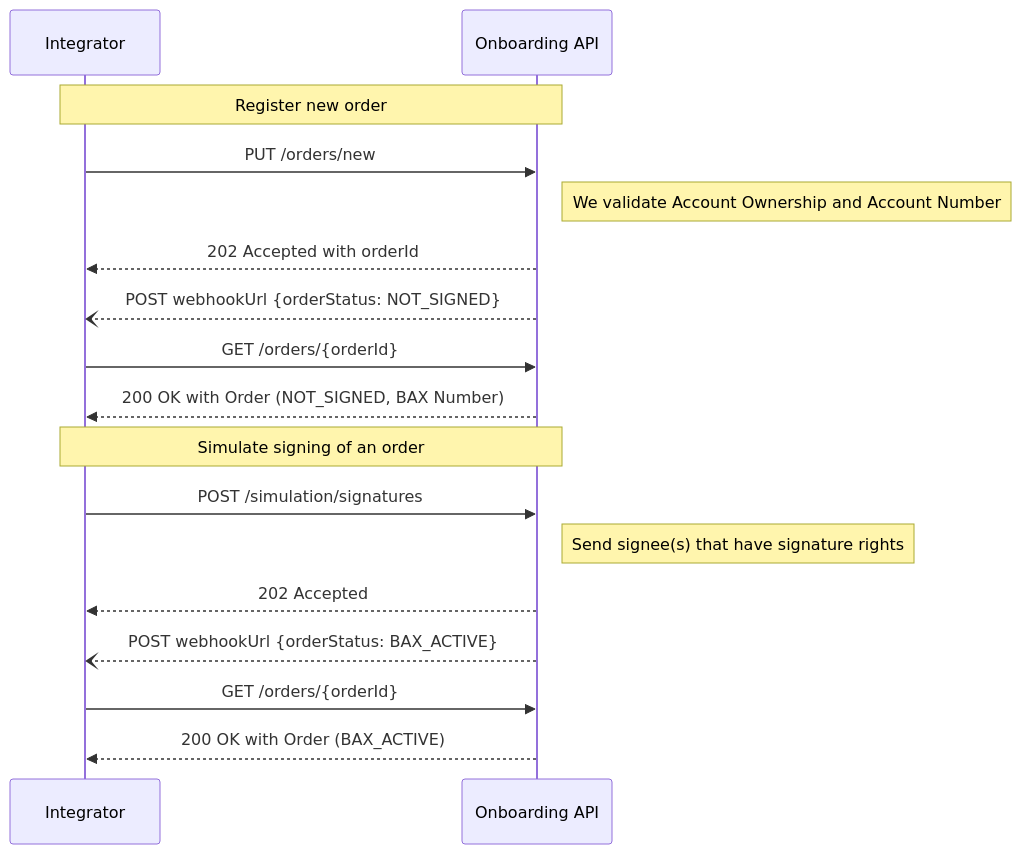
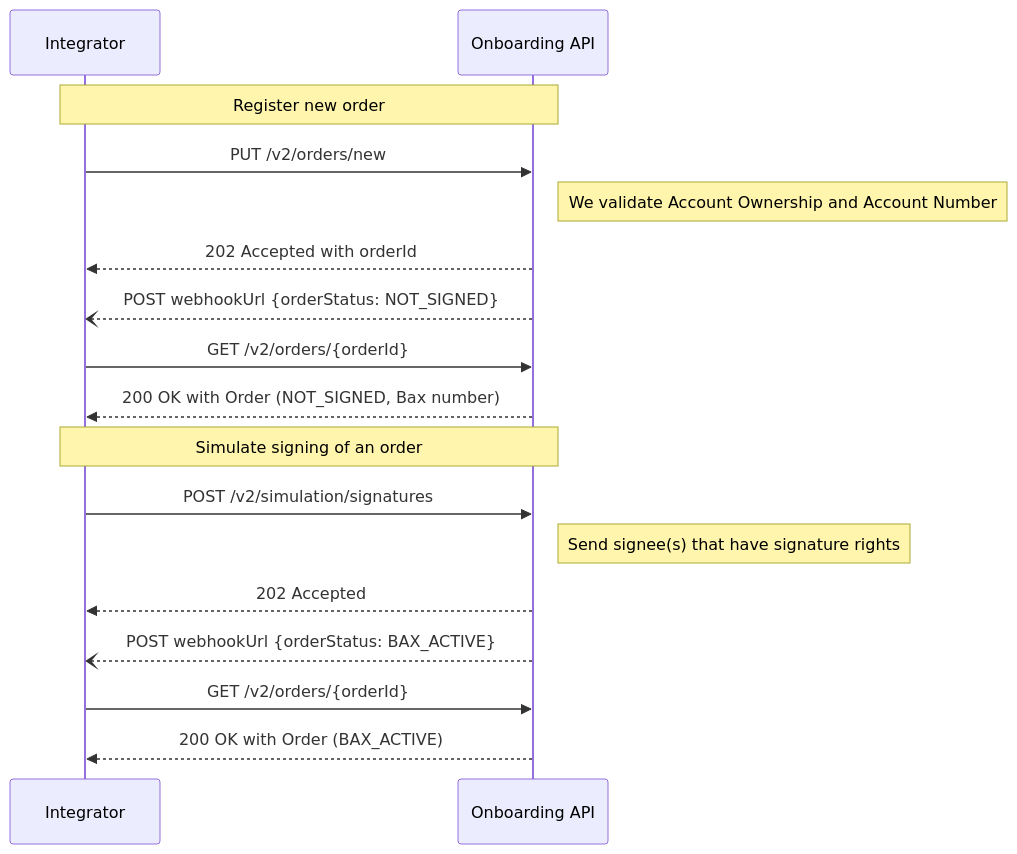
Before and after one commit to BankAxept/bankaxept-onboarding-external-documentation: the first of 3 diagrams in docs/test_flows.md, drawn with Mermaid. The commit also changed other lines of this file and 7 other files, not shown here.

````diff
--- a/docs/test_flows.md
+++ b/docs/test_flows.md
@@ -11,23 +11,23 @@
 ```mermaid
 sequenceDiagram
 participant I as Integrator
 participant O as Onboarding API
 
 note over I, O: Register new order
-I ->> O: PUT /orders/new
+I ->> O: PUT /v2/orders/new
 note right of O: We validate Account Ownership and Account Number
 O -->> I: 202 Accepted with orderId
 
 O --) I: POST webhookUrl {orderStatus: NOT_SIGNED}
-I ->> O : GET /orders/{orderId}
-O -->> I: 200 OK with Order (NOT_SIGNED, BAX Number)
+I ->> O : GET /v2/orders/{orderId}
+O -->> I: 200 OK with Order (NOT_SIGNED, Bax number)
 
 note over I, O: Simulate signing of an order
-I ->> O: POST /simulation/signatures
+I ->> O: POST /v2/simulation/signatures
 note right of O: Send signee(s) that have signature rights
 O -->> I: 202 Accepted
 
 O --) I: POST webhookUrl {orderStatus: BAX_ACTIVE}
-I ->> O : GET /orders/{orderId}
+I ->> O : GET /v2/orders/{orderId}
 O -->> I: 200 OK with Order (BAX_ACTIVE)
 ```
````
